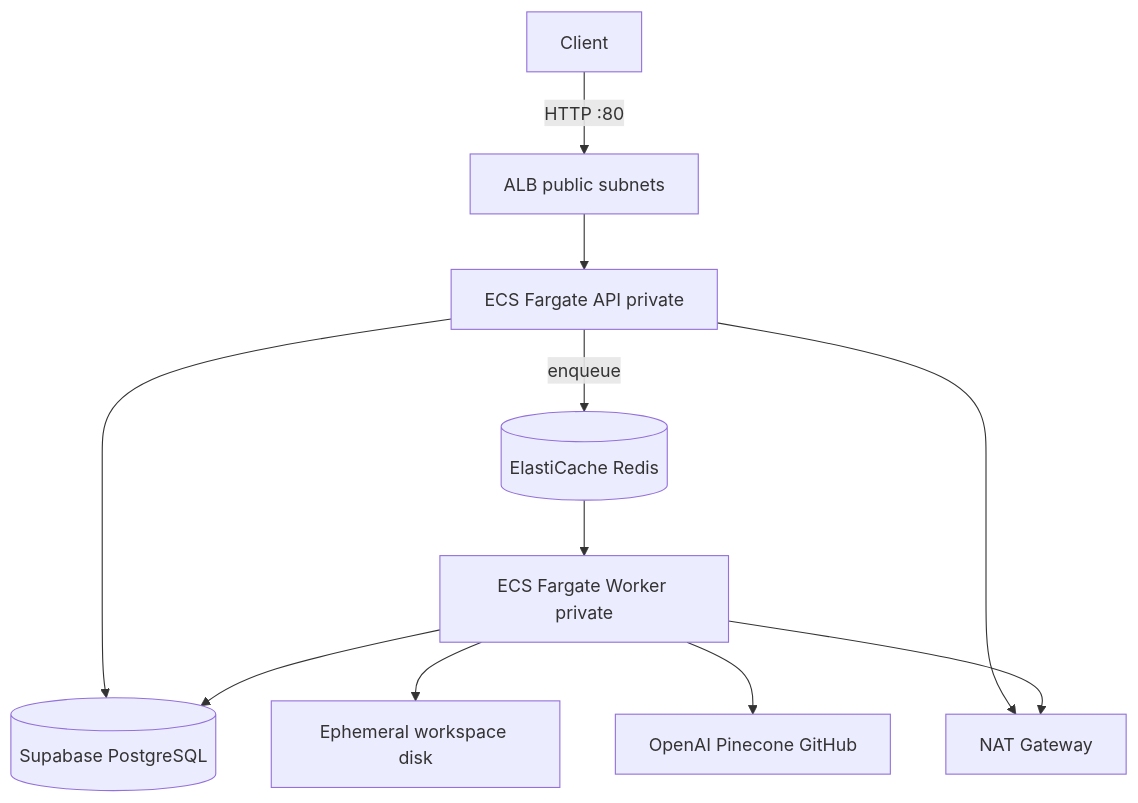
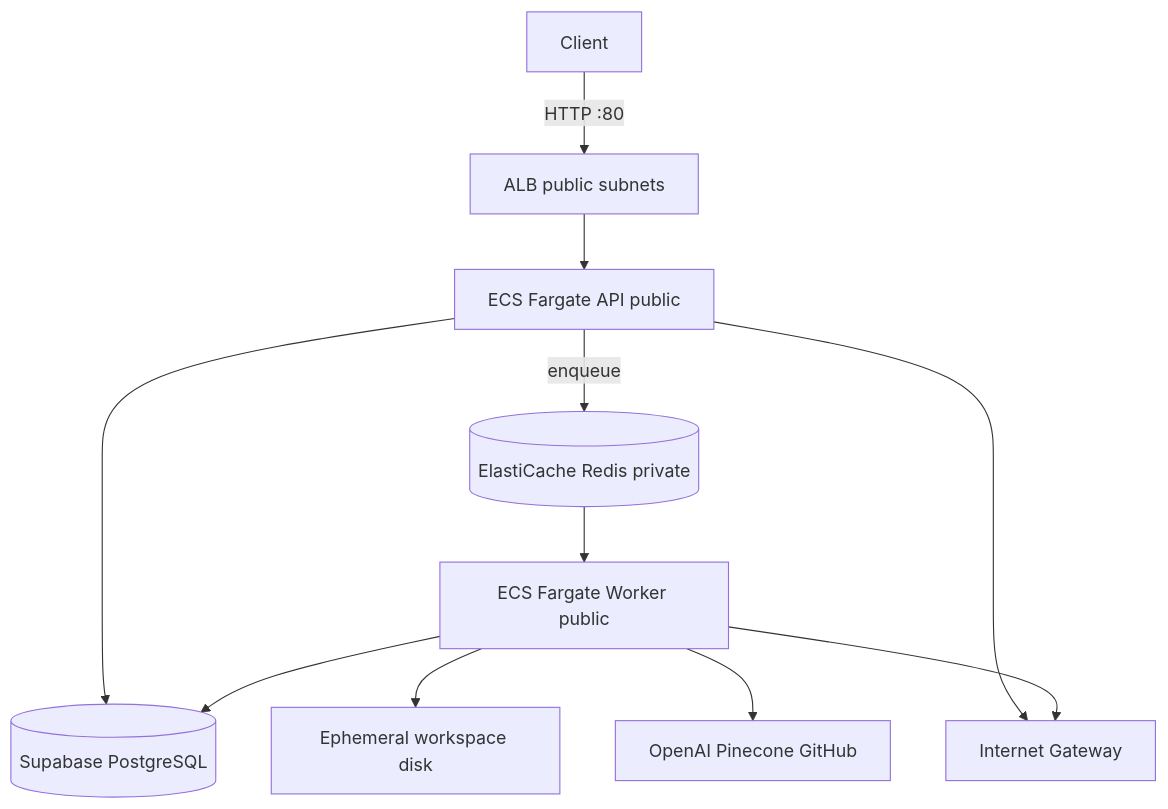
One commit to eli22443/ai-agent-platform changed the fourth of 5 diagrams in docs/architecture.md. Above: the diagram before and after it, drawn with Mermaid. The commit also changed other lines of this file and 6 other files, not shown here.

````diff
--- a/docs/architecture.md
+++ b/docs/architecture.md
@@ -187,13 +187,13 @@
 ```mermaid
 flowchart TD
     Client["Client"] -->|HTTP :80| ALB["ALB public subnets"]
-    ALB --> API["ECS Fargate API private"]
-    API -->|enqueue| Redis[("ElastiCache Redis")]
+    ALB --> API["ECS Fargate API public"]
+    API -->|enqueue| Redis[("ElastiCache Redis private")]
     API --> DB[("Supabase PostgreSQL")]
-    Redis --> Worker["ECS Fargate Worker private"]
+    Redis --> Worker["ECS Fargate Worker public"]
     Worker --> DB
     Worker --> WS["Ephemeral workspace disk"]
     Worker --> Ext["OpenAI Pinecone GitHub"]
-    API --> NAT["NAT Gateway"]
-    Worker --> NAT
+    API --> IGW["Internet Gateway"]
+    Worker --> IGW
 ```
````
